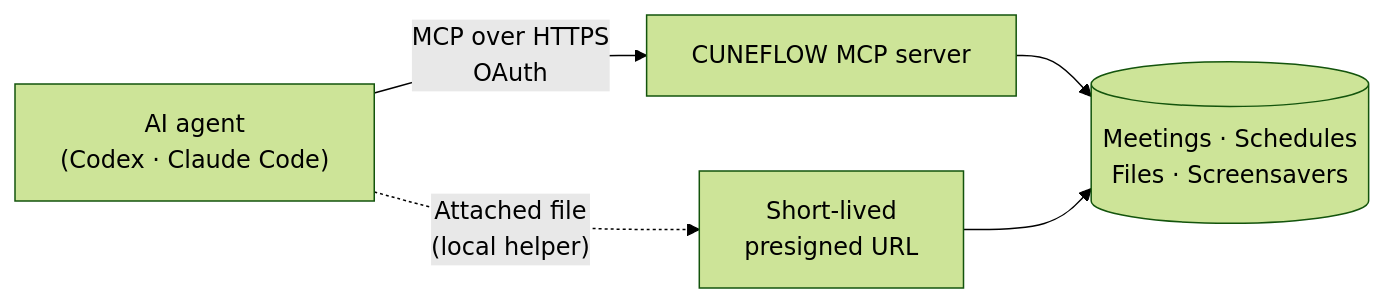
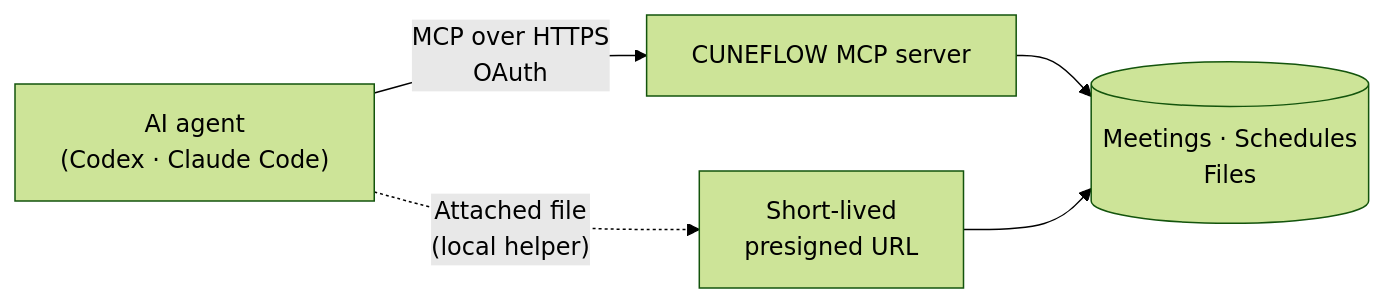
Before and after one commit to ZechenLiu001/cuneiform_codex_plugin: the diagram in README.md, drawn with Mermaid (forest theme). The commit also changed other lines of this file and 18 other files, not shown here.

````diff
--- a/README.md
+++ b/README.md
@@ -103,7 +101,7 @@
 ```mermaid
 flowchart LR
     A["AI agent<br/>(Codex · Claude Code)"] -- "MCP over HTTPS<br/>OAuth" --> B["CUNEFLOW MCP server"]
-    B --> C[("Meetings · Schedules<br/>Files · Screensavers")]
+    B --> C[("Meetings · Schedules<br/>Files")]
     A -. "Attached file<br/>(local helper)" .-> D["Short-lived<br/>presigned URL"]
     D --> C
 ```
````
